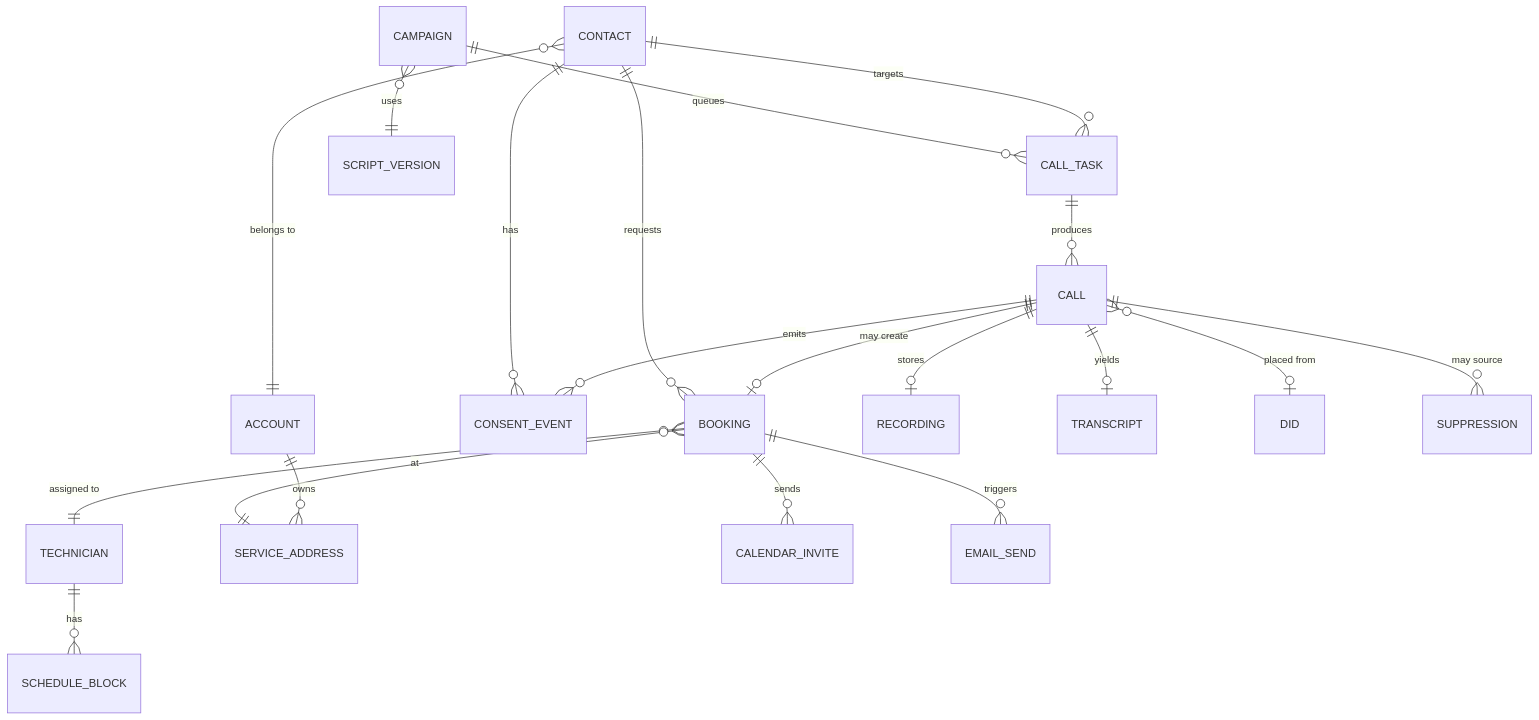
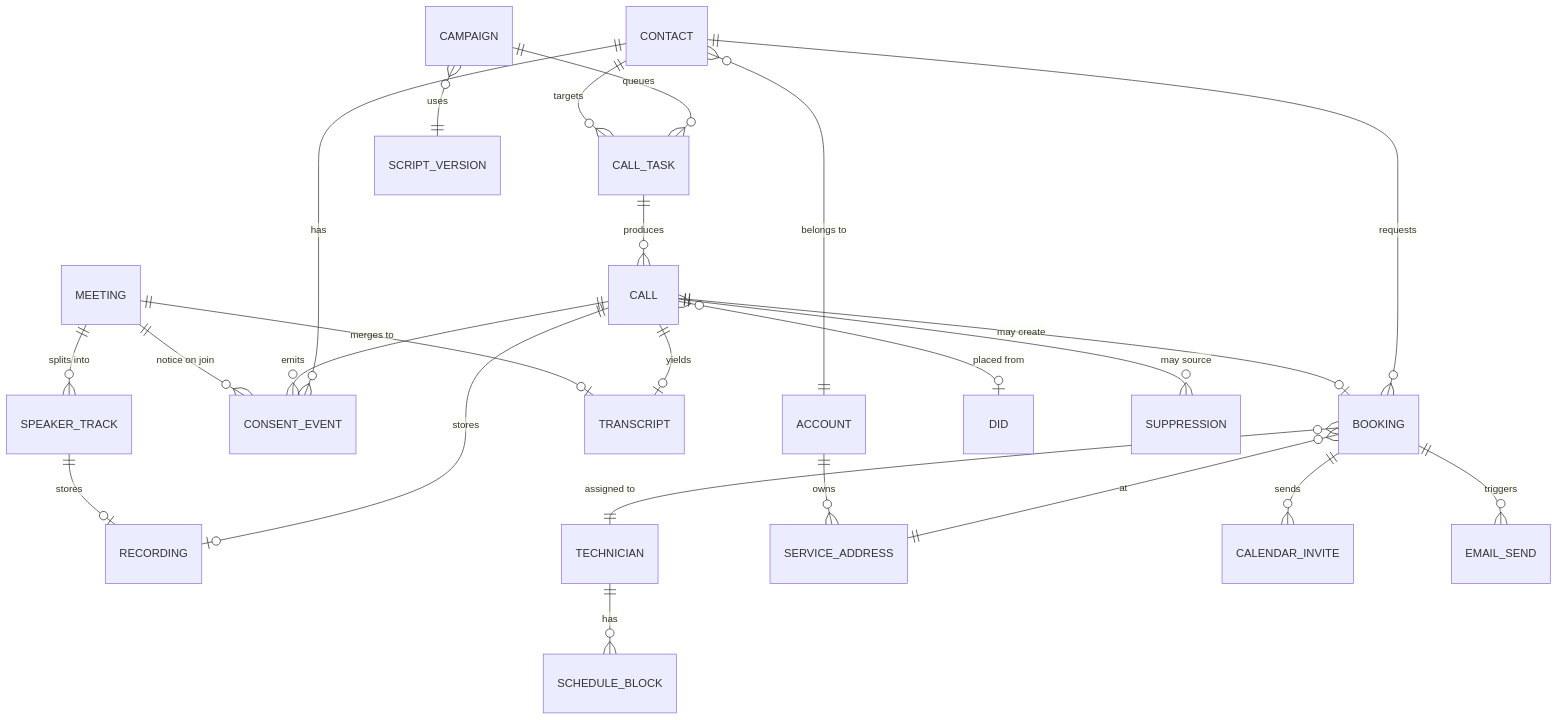
Before and after one commit to MAKaminski/tm-voice: the diagram in docs/ERD.md, drawn with Mermaid. The commit also changed other lines of this file and 48 other files, not shown here.

````diff
--- a/docs/ERD.md
+++ b/docs/ERD.md
@@ -17,22 +25,26 @@
 ```mermaid
 erDiagram
   CAMPAIGN ||--o{ CALL_TASK : queues
   CAMPAIGN }o--|| SCRIPT_VERSION : uses
   CONTACT ||--o{ CALL_TASK : targets
   CONTACT }o--|| ACCOUNT : "belongs to"
   CONTACT ||--o{ CONSENT_EVENT : has
   CONTACT ||--o{ BOOKING : requests
   CALL_TASK ||--o{ CALL : produces
   CALL ||--o| RECORDING : stores
   CALL ||--o| TRANSCRIPT : yields
   CALL ||--o{ CONSENT_EVENT : emits
+  MEETING ||--o{ SPEAKER_TRACK : "splits into"
+  SPEAKER_TRACK ||--o| RECORDING : stores
+  MEETING ||--o| TRANSCRIPT : "merges to"
+  MEETING ||--o{ CONSENT_EVENT : "notice on join"
   CALL ||--o| BOOKING : "may create"
   CALL }o--o| DID : "placed from"
   CALL ||--o{ SUPPRESSION : "may source"
   BOOKING }o--|| TECHNICIAN : "assigned to"
   BOOKING }o--|| SERVICE_ADDRESS : at
   BOOKING ||--o{ CALENDAR_INVITE : sends
   BOOKING ||--o{ EMAIL_SEND : triggers
   TECHNICIAN ||--o{ SCHEDULE_BLOCK : has
   ACCOUNT ||--o{ SERVICE_ADDRESS : owns
 ```
````
